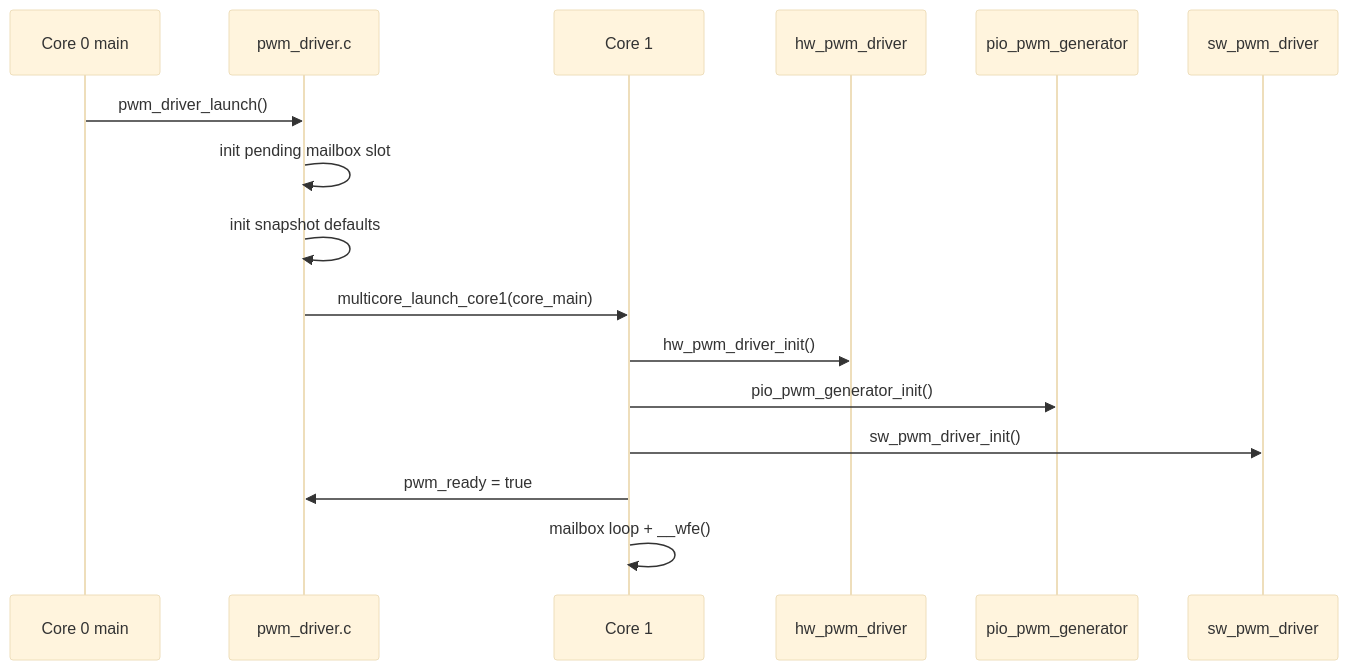
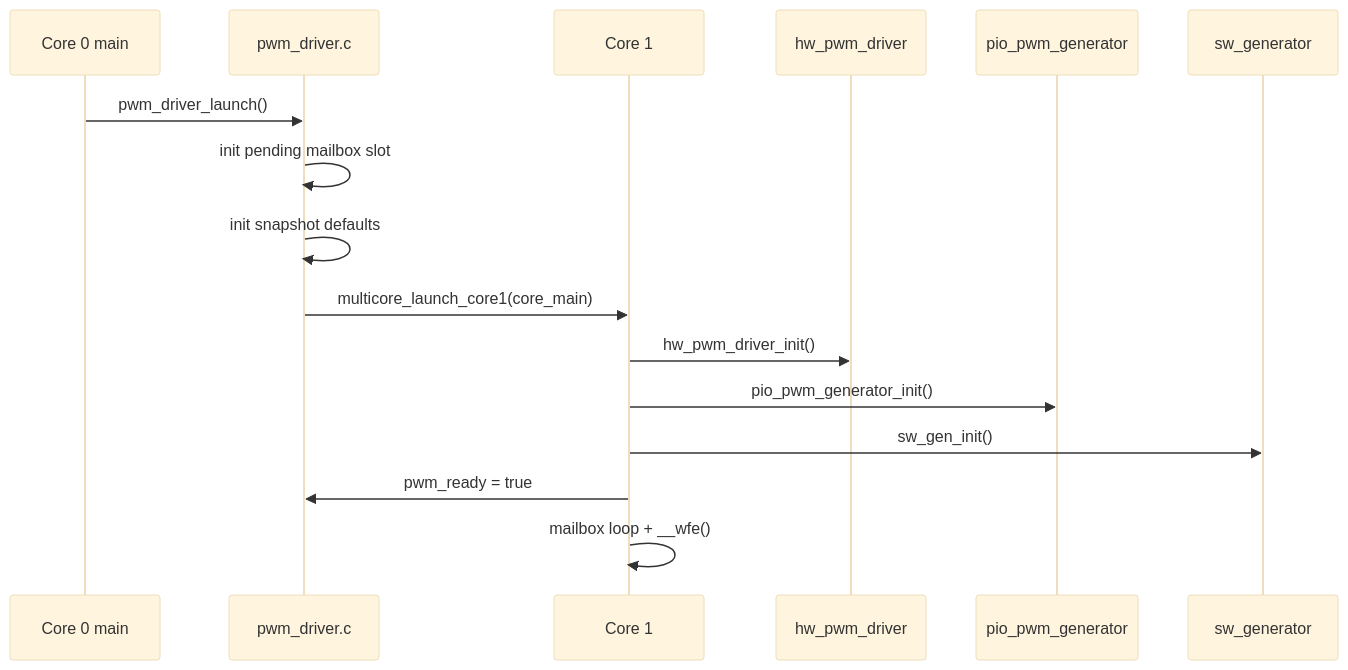
Before and after one commit to djwinter29-oss/PicoPWM: the third of 6 diagrams in docs/detail/pwm_driver_design.md, drawn with Mermaid (base theme). The commit also changed other lines of this file and 15 other files, not shown here.

````diff
--- a/docs/detail/pwm_driver_design.md
+++ b/docs/detail/pwm_driver_design.md
@@ -273,19 +282,19 @@
 ```mermaid
 sequenceDiagram
     participant C0 as Core 0 main
     participant WR as pwm_driver.c
     participant C1 as Core 1
     participant HW as hw_pwm_driver
     participant PIO as pio_pwm_generator
-    participant SW as sw_pwm_driver
+    participant SW as sw_generator
 
     C0->>WR: pwm_driver_launch()
     WR->>WR: init pending mailbox slot
     WR->>WR: init snapshot defaults
     WR->>C1: multicore_launch_core1(core_main)
     C1->>HW: hw_pwm_driver_init()
     C1->>PIO: pio_pwm_generator_init()
-    C1->>SW: sw_pwm_driver_init()
+    C1->>SW: sw_gen_init()
     C1->>WR: pwm_ready = true
     C1->>C1: mailbox loop + __wfe()
 ```
````
